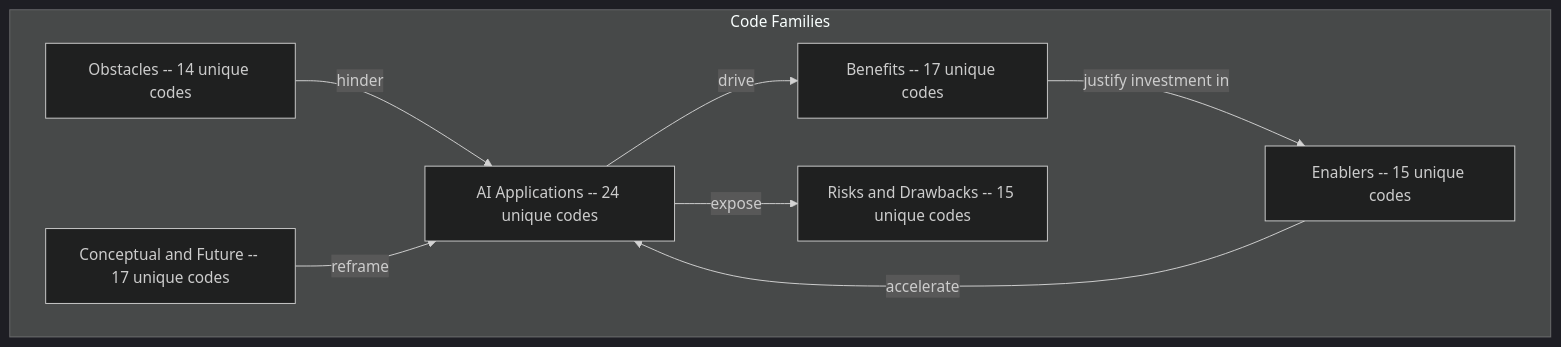
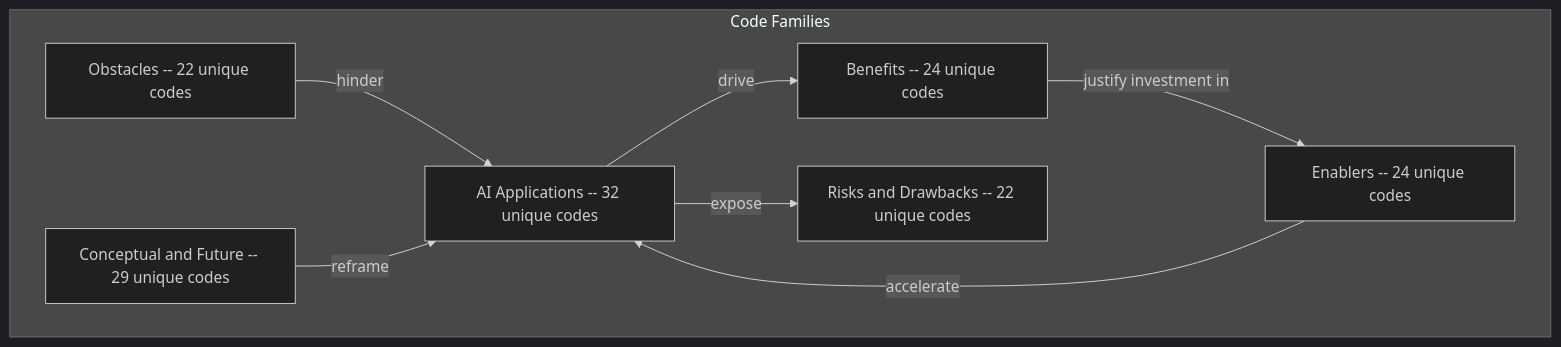
The first of 4 diagrams in transcript-codes/Cross-Case Code Alignment.md (Luttik/thesis), drawn with Mermaid (dark theme) before and after one commit. The commit also changed other lines of this file and 18 other files, not shown here.

````diff
--- a/transcript-codes/Cross-Case Code Alignment.md
+++ b/transcript-codes/Cross-Case Code Alignment.md
@@ -12,18 +12,18 @@
 ```mermaid
 graph TD
     subgraph codeFamilies [Code Families]
-        A["AI Applications -- 24 unique codes"]
-        B["Benefits -- 17 unique codes"]
-        C["Risks and Drawbacks -- 15 unique codes"]
-        D["Enablers -- 15 unique codes"]
-        E["Obstacles -- 14 unique codes"]
-        F["Conceptual and Future -- 17 unique codes"]
+        A["AI Applications -- 32 unique codes"]
+        B["Benefits -- 24 unique codes"]
+        C["Risks and Drawbacks -- 22 unique codes"]
+        D["Enablers -- 24 unique codes"]
+        E["Obstacles -- 22 unique codes"]
+        F["Conceptual and Future -- 29 unique codes"]
     end
 
     A -->|"drive"| B
     A -->|"expose"| C
     D -->|"accelerate"| A
     E -->|"hinder"| A
     F -->|"reframe"| A
     B -->|"justify investment in"| D
 ```
````
